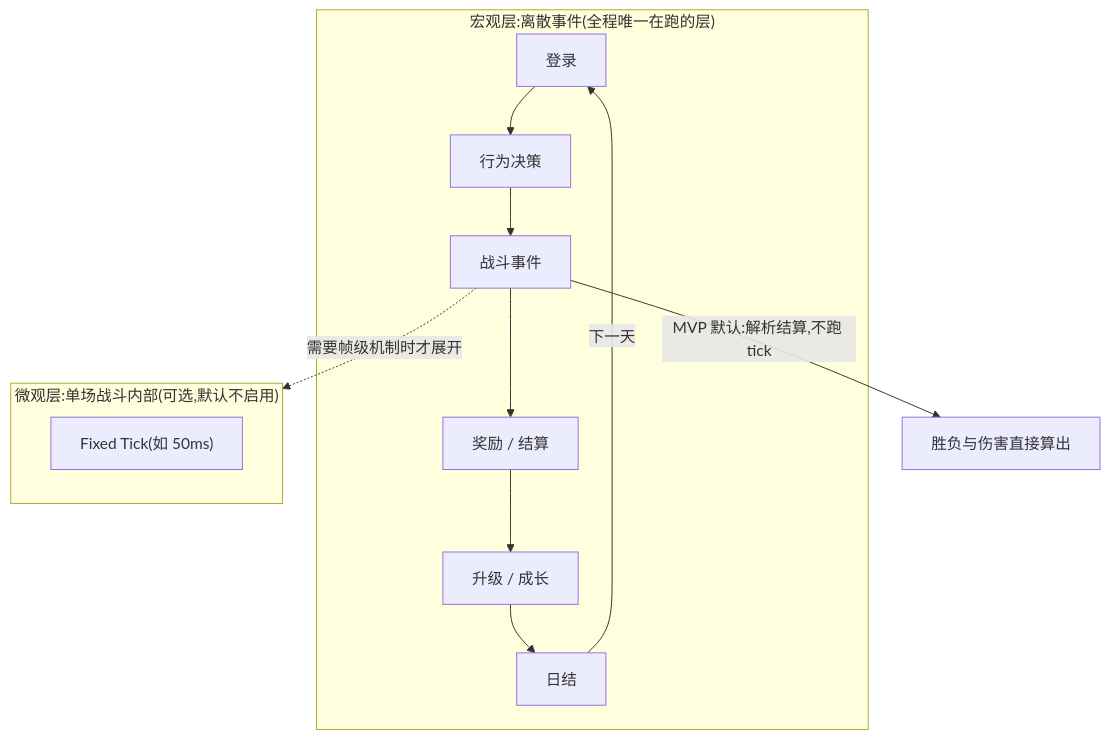
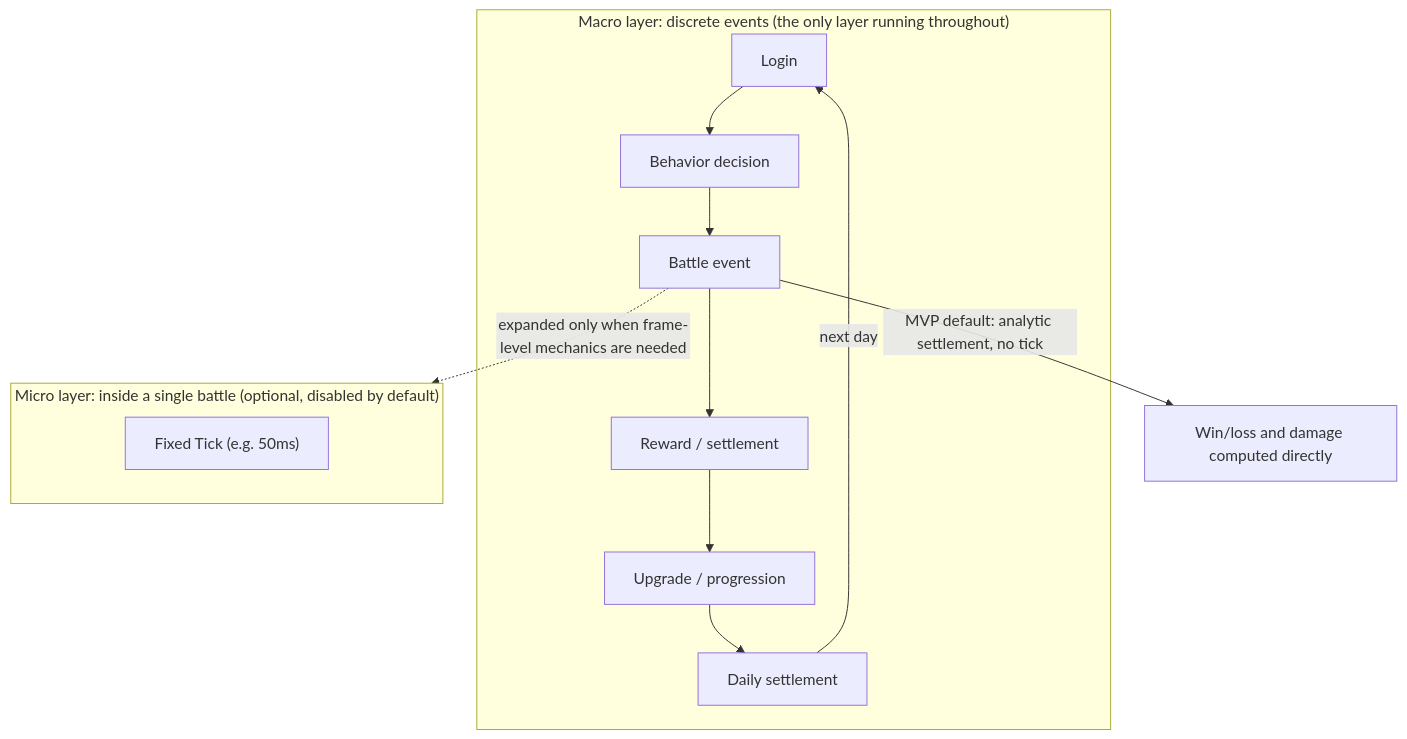
Before and after one commit to cuihairu/sandtable: the diagram in docs/guide/05-time-model.md, drawn with Mermaid. The commit also changed other lines of this file and 95 other files, not shown here.

````diff
--- a/docs/guide/05-time-model.md
+++ b/docs/guide/05-time-model.md
@@ -25,16 +25,16 @@
 ```mermaid
 flowchart TD
-    subgraph MACRO["宏观层:离散事件(全程唯一在跑的层)"]
-        L["登录"] --> D["行为决策"]
-        D --> B["战斗事件"]
-        B --> R["奖励 / 结算"]
-        R --> U["升级 / 成长"]
-        U --> E["日结"]
-        E -->|"下一天"| L
+    subgraph MACRO["Macro layer: discrete events (the only layer running throughout)"]
+        L["Login"] --> D["Behavior decision"]
+        D --> B["Battle event"]
+        B --> R["Reward / settlement"]
+        R --> U["Upgrade / progression"]
+        U --> E["Daily settlement"]
+        E -->|"next day"| L
     end
-    subgraph MICRO["微观层:单场战斗内部(可选,默认不启用)"]
-        T["Fixed Tick(如 50ms)"]
+    subgraph MICRO["Micro layer: inside a single battle (optional, disabled by default)"]
+        T["Fixed Tick (e.g. 50ms)"]
     end
-    B -.->|"需要帧级机制时才展开"| MICRO
-    B -->|"MVP 默认:解析结算,不跑 tick"| RES["胜负与伤害直接算出"]
+    B -.->|"expanded only when frame-level mechanics are needed"| MICRO
+    B -->|"MVP default: analytic settlement, no tick"| RES["Win/loss and damage computed directly"]
 ```
````
